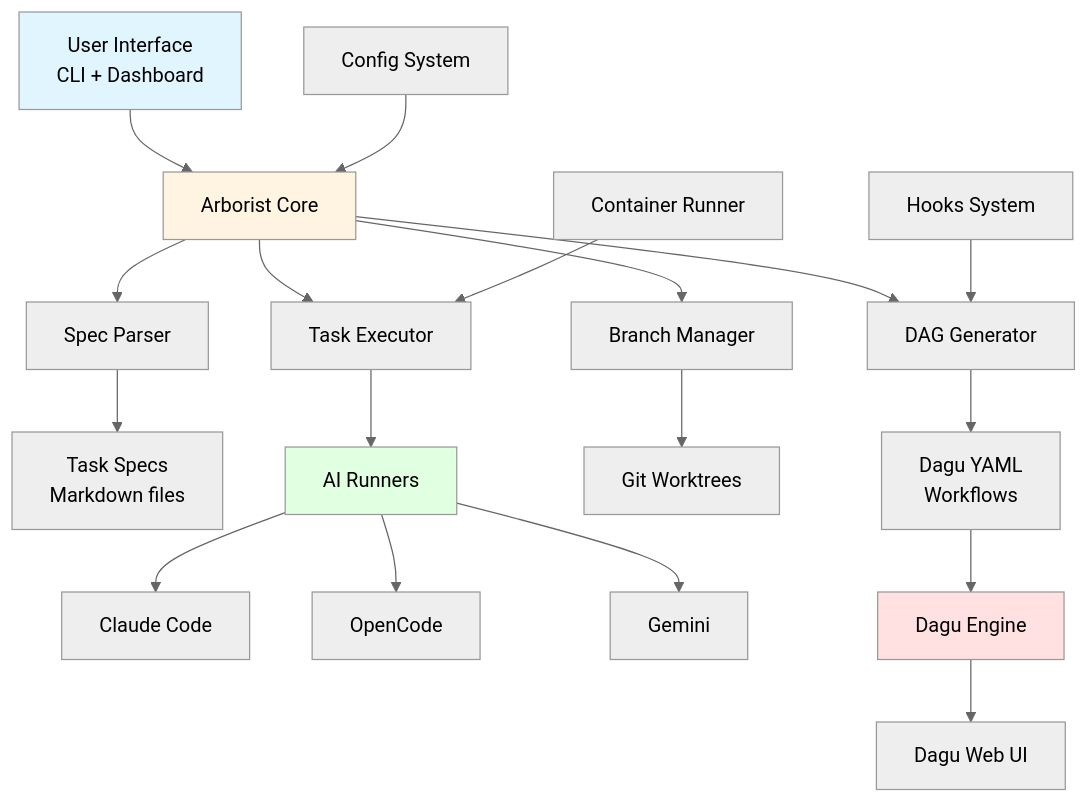
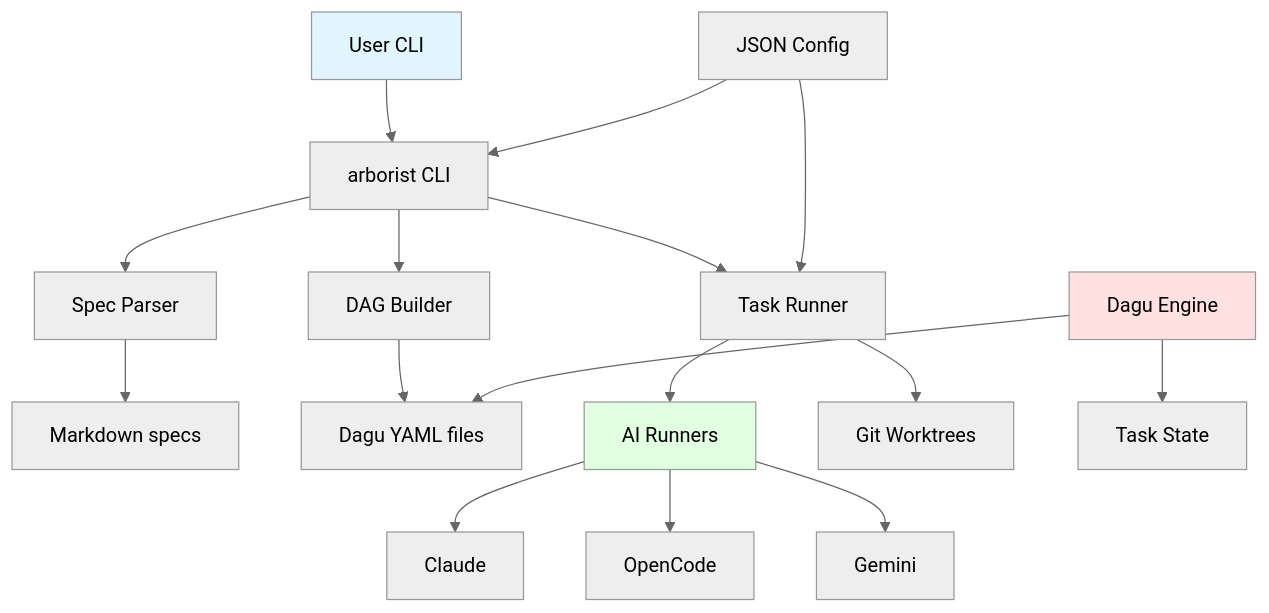
Before and after one commit to pennyworth-tech/agent-arborist: the first of 2 diagrams in docs/manual/01-getting-started/03-architecture.md, drawn with Mermaid (neutral theme). The commit also changed other lines of this file and 48 other files, not shown here.

````diff
--- a/docs/manual/01-getting-started/03-architecture.md
+++ b/docs/manual/01-getting-started/03-architecture.md
@@ -7,30 +7,30 @@
 ```mermaid
 graph TB
-    A[User Interface<br/>CLI + Dashboard] --> B[Arborist Core]
+    User[User CLI] --> CLI[arborist CLI]
 
-    B --> C[Spec Parser]
-    B --> D[DAG Generator]
-    B --> E[Branch Manager]
-    B --> F[Task Executor]
+    CLI --> SpecParser[Spec Parser]
+    CLI --> DagBuilder[DAG Builder]
+    CLI --> TaskRunner[Task Runner]
 
-    C --> G[Task Specs<br/>Markdown files]
-    D --> H[Dagu YAML<br/>Workflows]
-    E --> I[Git Worktrees]
-    F --> J[AI Runners]
+    SpecParser --> TaskSpec[Markdown specs]
 
-    J --> K[Claude Code]
-    J --> L[OpenCode]
-    J --> M[Gemini]
+    DagBuilder --> DagYaml[Dagu YAML files]
 
-    H --> N[Dagu Engine]
-    N --> O[Dagu Web UI]
+    Dagu[Dagu Engine] --> DagYaml
 
-    P[Config System] --> B
-    Q[Hooks System] --> D
-    R[Container Runner] --> F
+    TaskRunner --> AI[AI Runners]
+    TaskRunner --> Worktree[Git Worktrees]
 
-    style A fill:#e1f5ff
-    style B fill:#fff4e1
-    style N fill:#ffe1e1
-    style J fill:#e1ffe1
+    AI --> Claude[Claude]
+    AI --> Open[OpenCode]
+    AI --> Gem[Gemini]
+
+    Config[JSON Config] --> CLI
+    Config --> TaskRunner
+
+    Dagu --> Status[Task State]
+
+    style User fill:#e1f5ff
+    style Dagu fill:#ffe1e1
+    style AI fill:#e1ffe1
 ```
````
